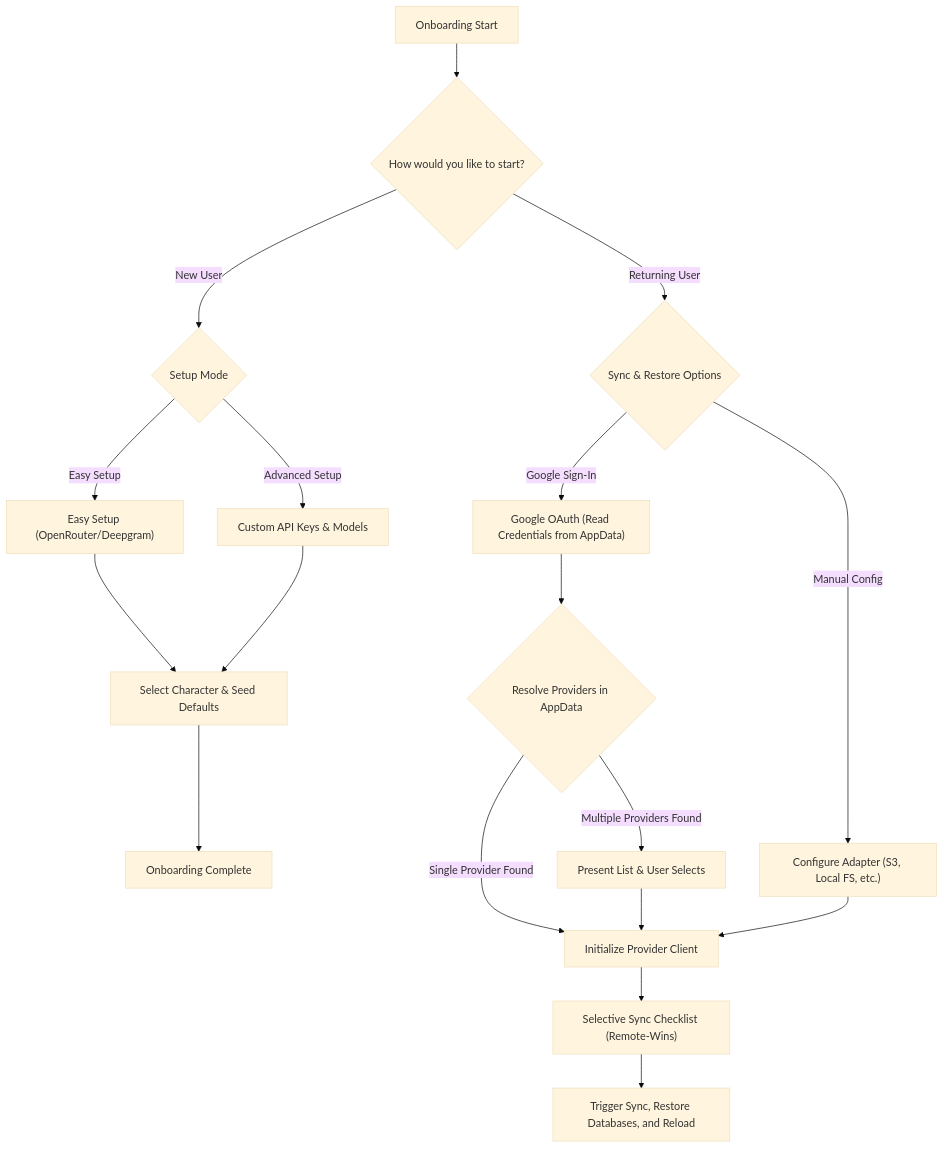
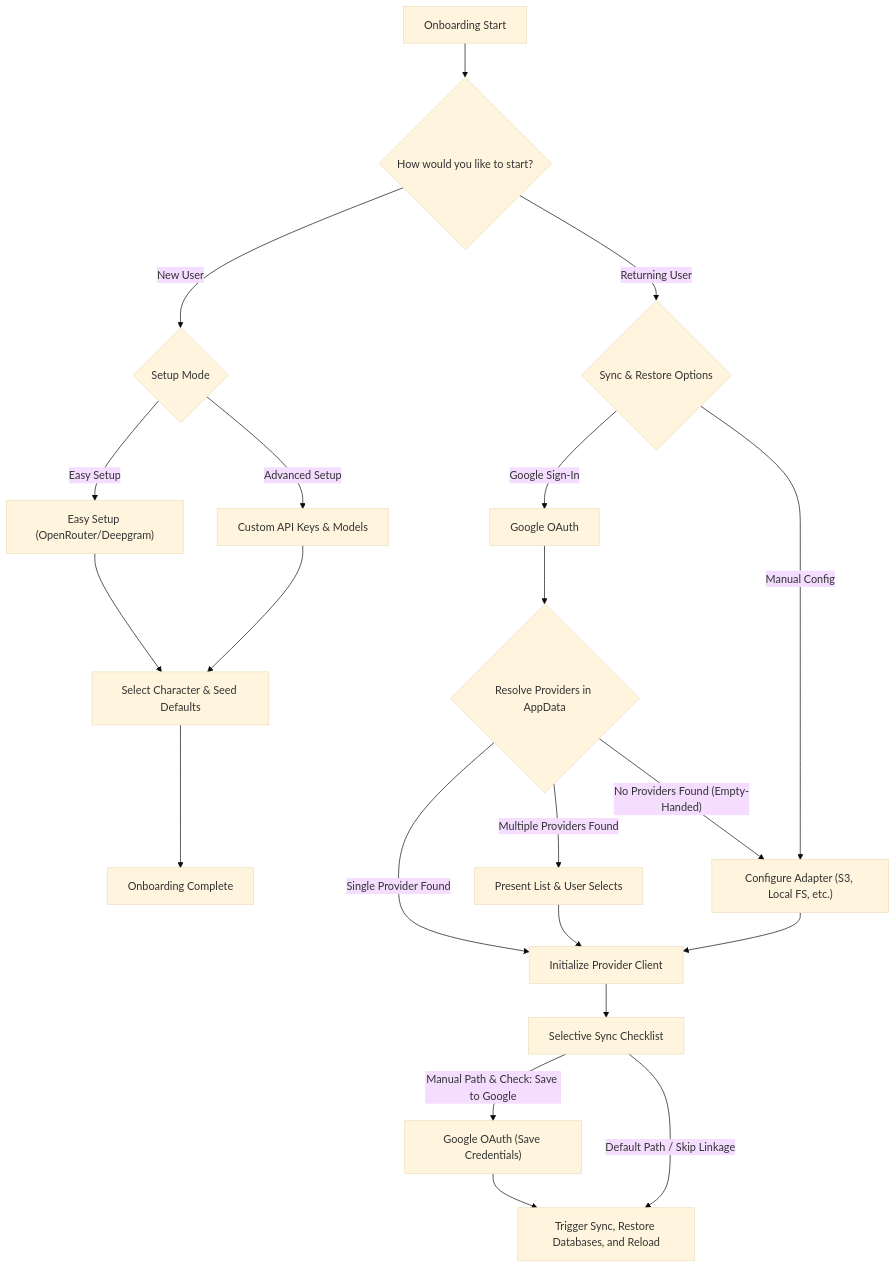
One commit to gg582/airi changed the diagram in docs/project-byos-cloud-sync.md. Above: the diagram before and after it, drawn with Mermaid (base theme). The commit also changed 15 other files, not shown here.

Commit message:
feat(auth): integrate embedded PGlite, onboarding auth linkage fixes, and diagnostic logging

````diff
--- a/docs/project-byos-cloud-sync.md
+++ b/docs/project-byos-cloud-sync.md
@@ -135,27 +135,30 @@
 ```mermaid
 graph TD
     Start["Onboarding Start"] --> Choice{"How would you like to start?"}
 
     %% New User Path
     Choice -->|"New User"| NewMode{"Setup Mode"}
     NewMode -->|"Easy Setup"| EasyConfig["Easy Setup (OpenRouter/Deepgram)"]
     NewMode -->|"Advanced Setup"| CustomConfig["Custom API Keys & Models"]
     EasyConfig --> SeedChar["Select Character & Seed Defaults"]
     CustomConfig --> SeedChar
     SeedChar --> Complete["Onboarding Complete"]
 
     %% Returning User Path
     Choice -->|"Returning User"| RetAuth{"Sync & Restore Options"}
-    RetAuth -->|"Google Sign-In"| OAuth["Google OAuth (Read Credentials from AppData)"]
+    RetAuth -->|"Google Sign-In"| OAuth["Google OAuth"]
     RetAuth -->|"Manual Config"| ManualSync["Configure Adapter (S3, Local FS, etc.)"]
 
     OAuth --> ResolveProviders{"Resolve Providers in AppData"}
     ResolveProviders -->|"Single Provider Found"| InitClient["Initialize Provider Client"]
     ResolveProviders -->|"Multiple Providers Found"| SelectProvider["Present List & User Selects"]
+    ResolveProviders -->|"No Providers Found (Empty-Handed)"| ManualSync
 
     ManualSync --> InitClient
     SelectProvider --> InitClient
 
-    InitClient --> SelSync["Selective Sync Checklist (Remote-Wins)"]
-    SelSync --> SyncDone["Trigger Sync, Restore Databases, and Reload"]
+    InitClient --> SelSync["Selective Sync Checklist"]
+    SelSync -->|"Manual Path & Check: Save to Google"| SaveOAuth["Google OAuth (Save Credentials)"]
+    SaveOAuth --> SyncDone["Trigger Sync, Restore Databases, and Reload"]
+    SelSync -->|"Default Path / Skip Linkage"| SyncDone
 ```
````
